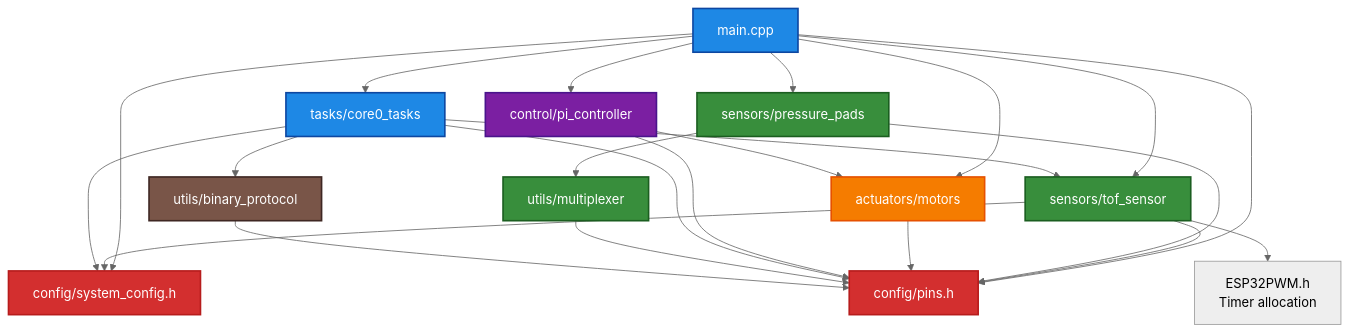
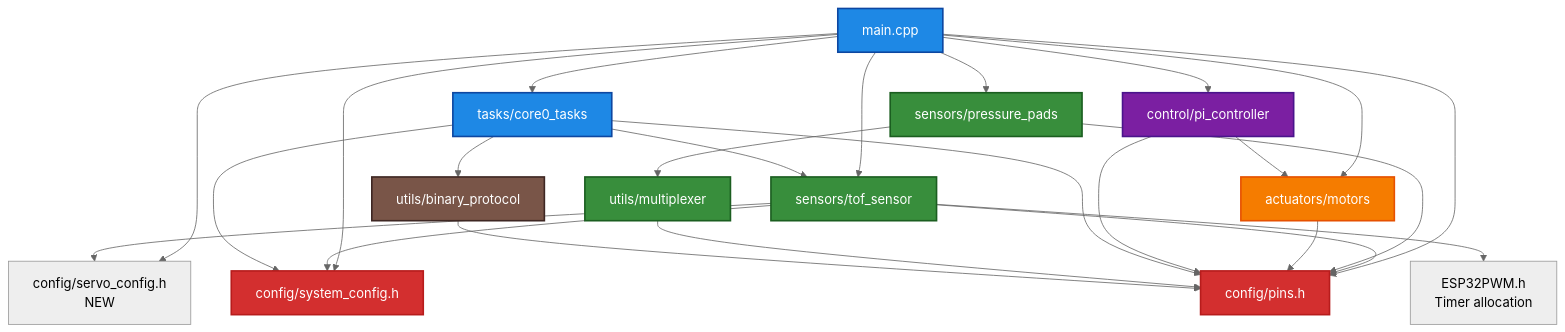
The fifth of 7 diagrams in docs/architecture.md (raseone19/ME-410), drawn with Mermaid (neutral theme) before and after one commit. The commit also changed other lines of this file and 5 other files, not shown here.

````diff
--- a/docs/architecture.md
+++ b/docs/architecture.md
@@ -254,36 +259,38 @@
 ```mermaid
 graph TD
     Main[main.cpp] --> Config[config/system_config.h]
     Main --> Pins[config/pins.h]
+    Main --> ServoConfig[config/servo_config.h<br/>NEW]
     Main --> TOF[sensors/tof_sensor]
     Main --> PP[sensors/pressure_pads]
     Main --> Motors[actuators/motors]
     Main --> PI[control/pi_controller]
     Main --> Tasks[tasks/core0_tasks]
 
     TOF --> Pins
     TOF --> Config
+    TOF --> ServoConfig
     TOF --> ESP32PWM[ESP32PWM.h<br/>Timer allocation]
     PP --> Pins
     PP --> MUX[utils/multiplexer]
     Motors --> Pins
     PI --> Pins
     PI --> Motors
     Tasks --> Pins
     Tasks --> Config
     Tasks --> TOF
     Tasks --> BinProto[utils/binary_protocol]
     MUX --> Pins
     BinProto --> Pins
 
     style Main fill:#1e88e5,stroke:#0d47a1,stroke-width:2px,color:#fff
     style Config fill:#d32f2f,stroke:#b71c1c,stroke-width:2px,color:#fff
     style Pins fill:#d32f2f,stroke:#b71c1c,stroke-width:2px,color:#fff
     style TOF fill:#388e3c,stroke:#1b5e20,stroke-width:2px,color:#fff
     style PP fill:#388e3c,stroke:#1b5e20,stroke-width:2px,color:#fff
     style Motors fill:#f57c00,stroke:#e65100,stroke-width:2px,color:#fff
     style PI fill:#7b1fa2,stroke:#4a148c,stroke-width:2px,color:#fff
     style Tasks fill:#1e88e5,stroke:#0d47a1,stroke-width:2px,color:#fff
     style MUX fill:#388e3c,stroke:#1b5e20,stroke-width:2px,color:#fff
     style BinProto fill:#795548,stroke:#3e2723,stroke-width:2px,color:#fff
 ```
````
